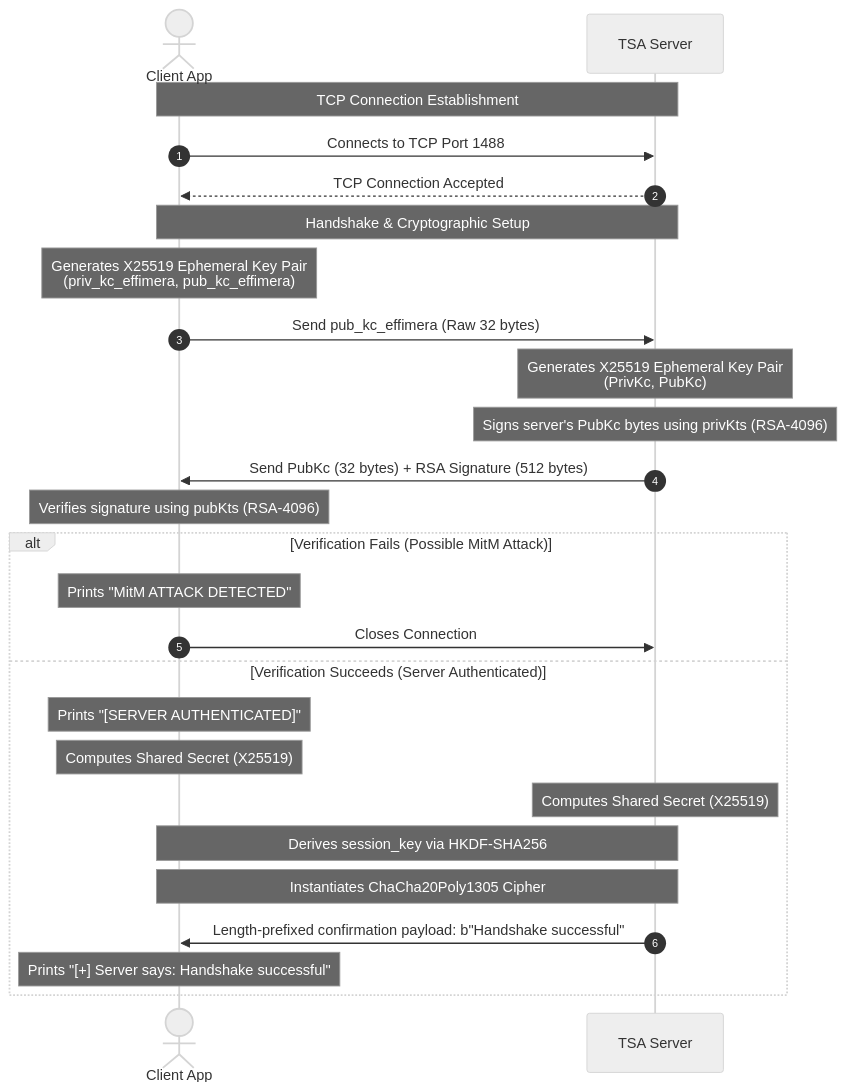
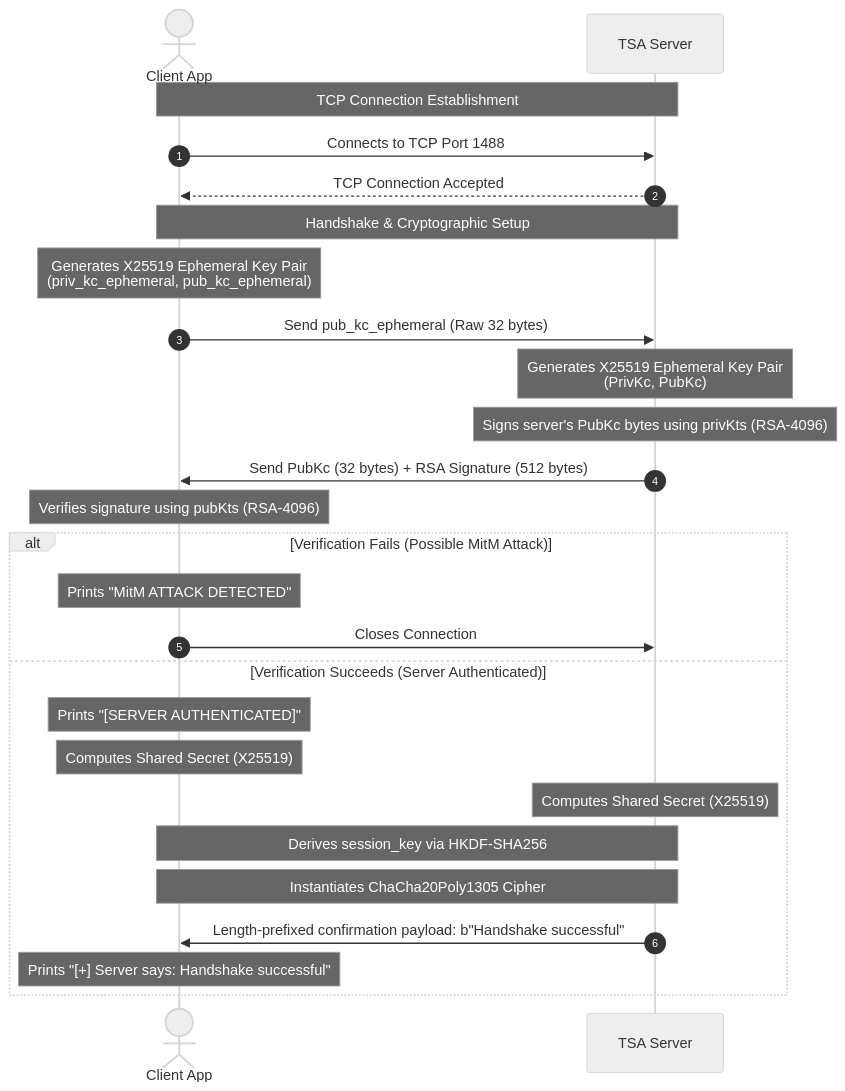
One commit to ErVideo/Fundamentals_of_Cybersecurity_Project changed the first of 3 diagrams in Report/Report_v2.md. Above: the diagram before and after it, drawn with Mermaid (neutral theme). The commit also changed other lines of this file and 2 other files, not shown here.

````diff
--- a/Report/Report_v2.md
+++ b/Report/Report_v2.md
@@ -182,32 +182,32 @@
 ```mermaid
 sequenceDiagram
     autonumber
     actor Client as Client App
     participant Server as TSA Server
     
     Note over Client, Server: TCP Connection Establishment
     Client->>Server: Connects to TCP Port 1488
     Server-->>Client: TCP Connection Accepted
     
     Note over Client, Server: Handshake & Cryptographic Setup
-    Note over Client: Generates X25519 Ephemeral Key Pair<br/>(priv_kc_effimera, pub_kc_effimera)
-    Client->>Server: Send pub_kc_effimera (Raw 32 bytes)
+    Note over Client: Generates X25519 Ephemeral Key Pair<br/>(priv_kc_ephemeral, pub_kc_ephemeral)
+    Client->>Server: Send pub_kc_ephemeral (Raw 32 bytes)
     
     Note over Server: Generates X25519 Ephemeral Key Pair<br/>(PrivKc, PubKc)
     Note over Server: Signs server's PubKc bytes using privKts (RSA-4096)
     Server->>Client: Send PubKc (32 bytes) + RSA Signature (512 bytes)
     
     Note over Client: Verifies signature using pubKts (RSA-4096)
     alt Verification Fails (Possible MitM Attack)
         Note over Client: Prints "MitM ATTACK DETECTED"
         Client->>Server: Closes Connection
     else Verification Succeeds (Server Authenticated)
         Note over Client: Prints "[SERVER AUTHENTICATED]"
         Note over Client: Computes Shared Secret (X25519)
         Note over Server: Computes Shared Secret (X25519)
         Note over Client, Server: Derives session_key via HKDF-SHA256
         Note over Client, Server: Instantiates ChaCha20Poly1305 Cipher
         Server->>Client: Length-prefixed confirmation payload: b"Handshake successful"
         Note over Client: Prints "[+] Server says: Handshake successful"
     end
 ```
````
